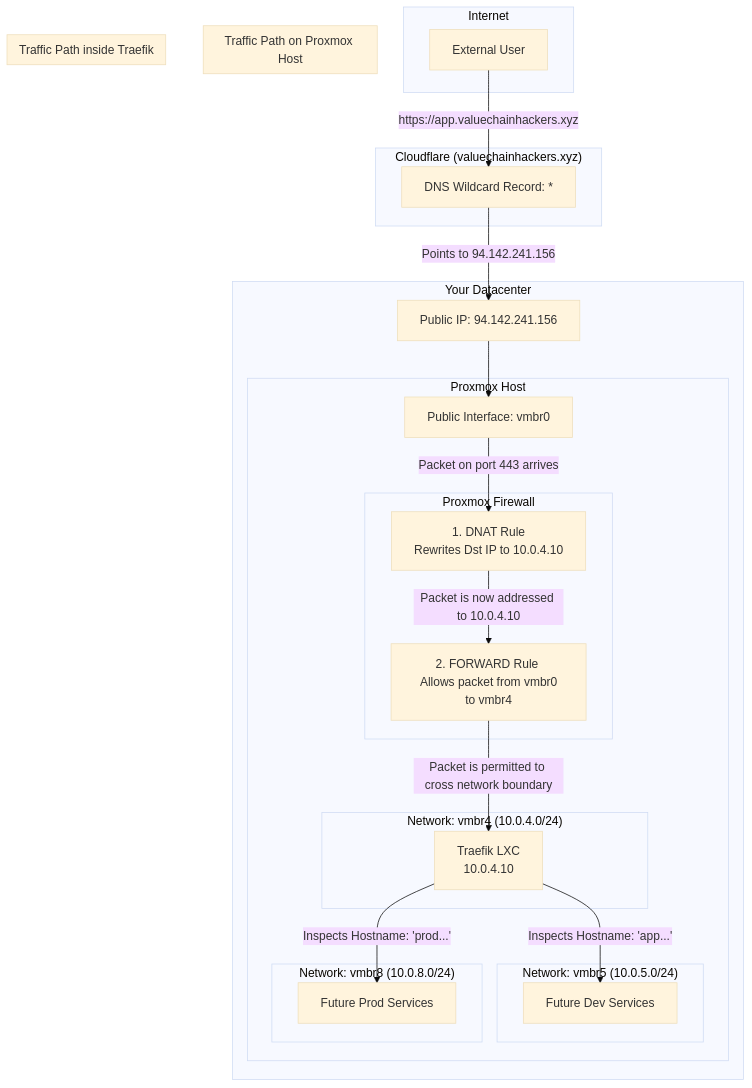
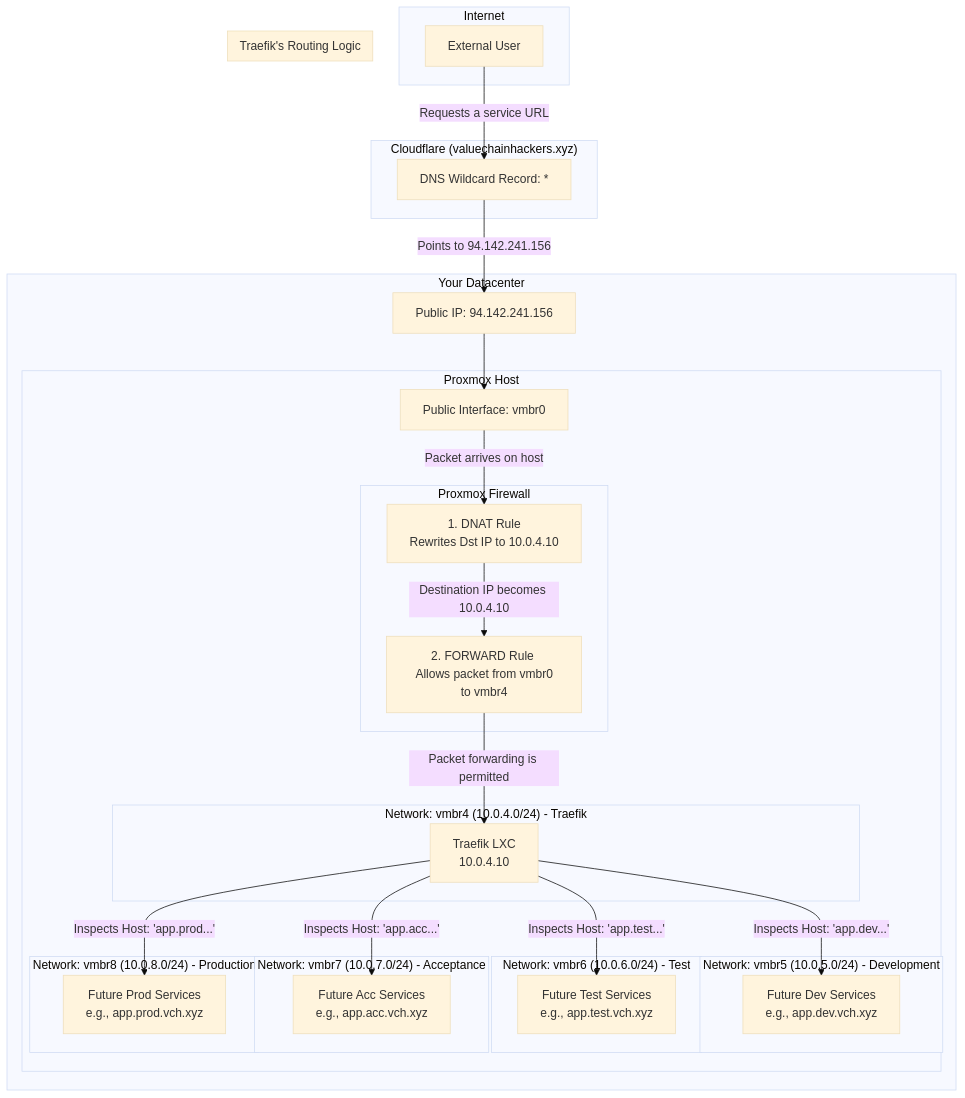
Before and after one commit to Research-Ready/TraeficSetup: the diagram in architecture.md, drawn with Mermaid (base theme).

````diff
--- a/architecture.md
+++ b/architecture.md
@@ -12,52 +12,60 @@
 ```mermaid
 graph TD
     subgraph "Internet"
         User[External User]
     end
 
     subgraph "Cloudflare (valuechainhackers.xyz)"
         DNS[DNS Wildcard Record: *]
     end
 
     subgraph "Your Datacenter"
         Public_IP[Public IP: 94.142.241.156]
 
         subgraph "Proxmox Host"
             Public_Interface[Public Interface: vmbr0]
 
             subgraph "Proxmox Firewall"
                 Rule1[1. DNAT Rule <br> Rewrites Dst IP to 10.0.4.10]
                 Rule2[2. FORWARD Rule <br> Allows packet from vmbr0 to vmbr4]
             end
 
-            subgraph "Network: vmbr4 (10.0.4.0/24)"
+            %% --- Network Layers ---
+            subgraph "Network: vmbr4 (10.0.4.0/24) - Traefik"
                 Traefik_LXC[Traefik LXC <br> 10.0.4.10]
             end
 
-            subgraph "Network: vmbr5 (10.0.5.0/24)"
-                Dev_Services[Future Dev Services]
+            subgraph "Network: vmbr5 (10.0.5.0/24) - Development"
+                Dev_Services[Future Dev Services <br> e.g., app.dev.vch.xyz]
             end
 
-            subgraph "Network: vmbr8 (10.0.8.0/24)"
-                Prod_Services[Future Prod Services]
+            subgraph "Network: vmbr6 (10.0.6.0/24) - Test"
+                Test_Services[Future Test Services <br> e.g., app.test.vch.xyz]
             end
-            %% ... other networks omitted for clarity
+            
+            subgraph "Network: vmbr7 (10.0.7.0/24) - Acceptance"
+                Acc_Services[Future Acc Services <br> e.g., app.acc.vch.xyz]
+            end
+
+            subgraph "Network: vmbr8 (10.0.8.0/24) - Production"
+                Prod_Services[Future Prod Services <br> e.g., app.prod.vch.xyz]
+            end
         end
     end
 
     %% --- Data Flow ---
-    User -- "https://app.valuechainhackers.xyz" --> DNS
+    User -- "Requests a service URL" --> DNS
     DNS -- "Points to 94.142.241.156" --> Public_IP
     Public_IP --> Public_Interface
+    Public_Interface -- "Packet arrives on host" --> Rule1
+    Rule1 -- "Destination IP becomes 10.0.4.10" --> Rule2
+    Rule2 -- "Packet forwarding is permitted" --> Traefik_LXC
 
-    subgraph "Traffic Path on Proxmox Host"
-        Public_Interface -- "Packet on port 443 arrives" --> Rule1
-        Rule1 -- "Packet is now addressed to 10.0.4.10" --> Rule2
-        Rule2 -- "Packet is permitted to cross network boundary" --> Traefik_LXC
-    end
-
-    subgraph "Traffic Path inside Traefik"
-        Traefik_LXC -- "Inspects Hostname: 'app...'" --> Dev_Services
-        Traefik_LXC -- "Inspects Hostname: 'prod...'" --> Prod_Services
+    %% --- Intelligent Routing by Traefik ---
+    subgraph "Traefik's Routing Logic"
+      Traefik_LXC -- "Inspects Host: 'app.dev...'" --> Dev_Services
+      Traefik_LXC -- "Inspects Host: 'app.test...'" --> Test_Services
+      Traefik_LXC -- "Inspects Host: 'app.acc...'" --> Acc_Services
+      Traefik_LXC -- "Inspects Host: 'app.prod...'" --> Prod_Services
     end
 ```
````
